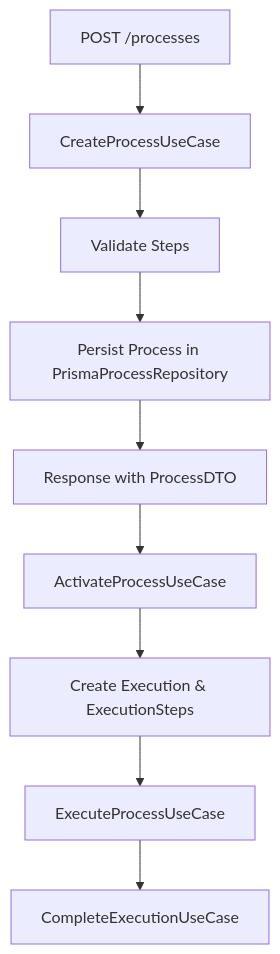
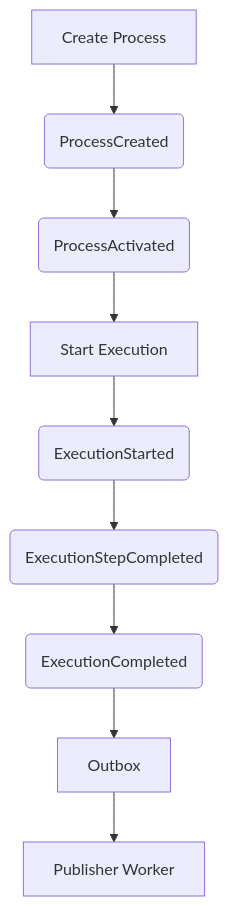
The second of 2 diagrams in readme.md (hxcCoder/saas-ticket-architecture-lab), drawn with Mermaid before and after one commit. The commit also changed other lines of this file and 63 other files, not shown here.

````diff
--- a/readme.md
+++ b/readme.md
@@ -62,12 +102,11 @@
 ```mermaid
 flowchart TD
-  A[POST /processes] --> B[CreateProcessUseCase]
-  B --> C[Validate Steps]
-  C --> D[Persist Process in PrismaProcessRepository]
-  D --> E[Response with ProcessDTO]
-  E --> F[ActivateProcessUseCase]
-  F --> G[Create Execution & ExecutionSteps]
-  G --> H[ExecuteProcessUseCase]
-  H --> I[CompleteExecutionUseCase]
-
+    A[Create Process] --> B(ProcessCreated)
+    B --> C(ProcessActivated)
+    C --> D[Start Execution]
+    D --> E(ExecutionStarted)
+    E --> F(ExecutionStepCompleted)
+    F --> G(ExecutionCompleted)
+    G --> H[Outbox]
+    H --> I[Publisher Worker]
 ```
````
